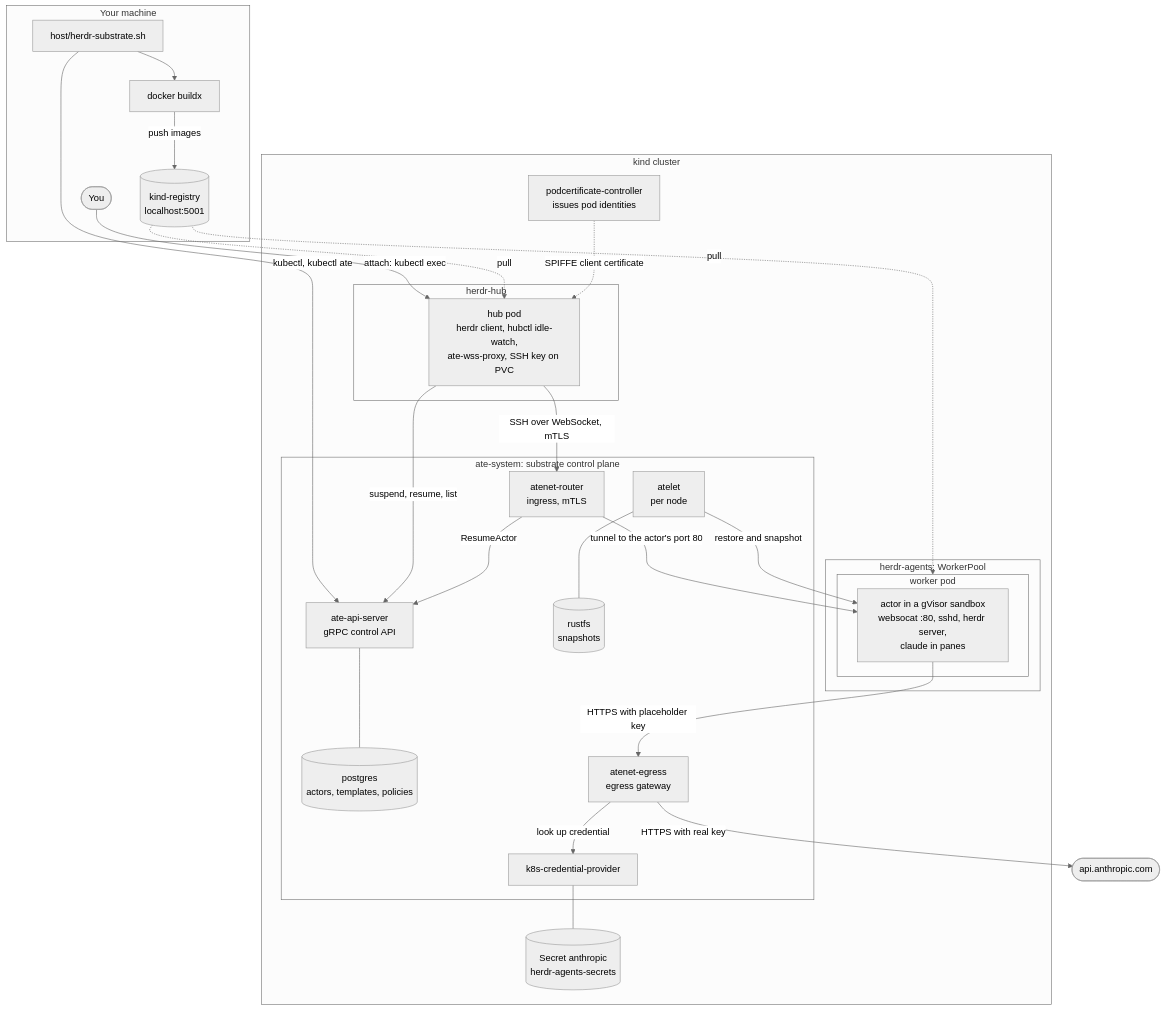
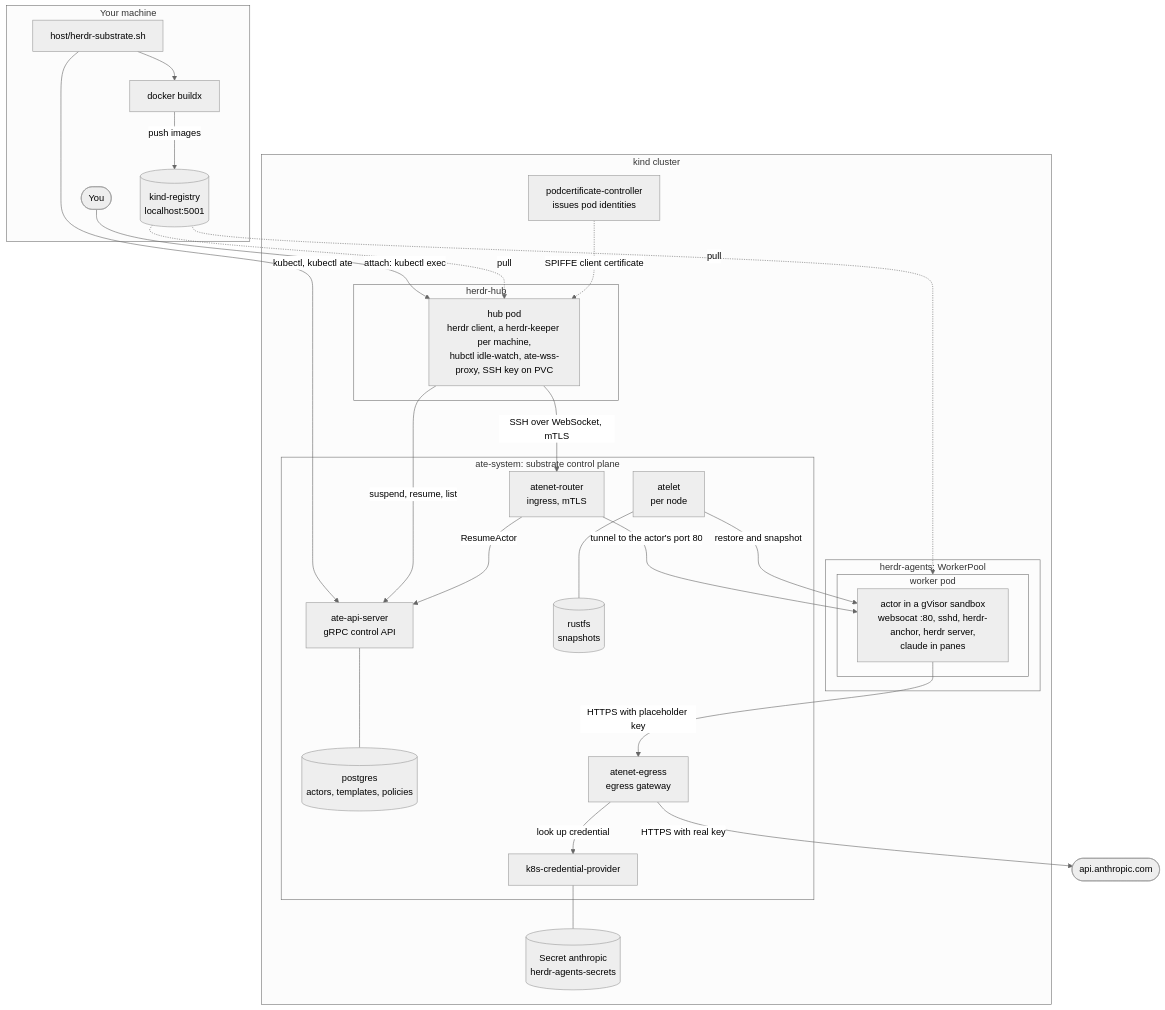
The first of 17 diagrams in README.md (danaschwanden/herdr-agent-substrate), drawn with Mermaid (neutral theme) before and after one commit. The commit also changed other lines of this file and 15 other files, not shown here.

Commit message:
Introduces herdr-keeper to optimise agent lifecycle

````diff
--- a/README.md
+++ b/README.md
@@ -49,49 +49,49 @@
 ```mermaid
 flowchart TB
   subgraph mac["Your machine"]
     you(["You"])
     script["host/herdr-substrate.sh"]
     buildx["docker buildx"]
     registry[("kind-registry<br/>localhost:5001")]
   end
   subgraph kind["kind cluster"]
     subgraph sys["ate-system: substrate control plane"]
       api["ate-api-server<br/>gRPC control API"]
       pg[("postgres<br/>actors, templates, policies")]
       router["atenet-router<br/>ingress, mTLS"]
       egress["atenet-egress<br/>egress gateway"]
       cred["k8s-credential-provider"]
       atelet["atelet<br/>per node"]
       store[("rustfs<br/>snapshots")]
     end
     podcert["podcertificate-controller<br/>issues pod identities"]
     subgraph hubns["herdr-hub"]
-      hub["hub pod<br/>herdr client, hubctl idle-watch,<br/>ate-wss-proxy, SSH key on PVC"]
+      hub["hub pod<br/>herdr client, a herdr-keeper per machine,<br/>hubctl idle-watch, ate-wss-proxy, SSH key on PVC"]
     end
     subgraph agents["herdr-agents: WorkerPool"]
       subgraph worker["worker pod"]
-        actor["actor in a gVisor sandbox<br/>websocat :80, sshd, herdr server,<br/>claude in panes"]
+        actor["actor in a gVisor sandbox<br/>websocat :80, sshd, herdr-anchor, herdr server,<br/>claude in panes"]
       end
     end
     secret[("Secret anthropic<br/>herdr-agents-secrets")]
   end
   anthropic(["api.anthropic.com"])
 
   you -->|"attach: kubectl exec"| hub
   script -->|"kubectl, kubectl ate"| api
   script --> buildx -->|"push images"| registry
   registry -.->|"pull"| worker
   registry -.->|"pull"| hub
   podcert -.->|"SPIFFE client certificate"| hub
   hub -->|"SSH over WebSocket, mTLS"| router
   hub -->|"suspend, resume, list"| api
   router -->|"ResumeActor"| api
   router -->|"tunnel to the actor's port 80"| actor
   api --- pg
   atelet -->|"restore and snapshot"| actor
   atelet --- store
   actor -->|"HTTPS with placeholder key"| egress
   egress -->|"look up credential"| cred
   cred --- secret
   egress -->|"HTTPS with real key"| anthropic
 ```
````
